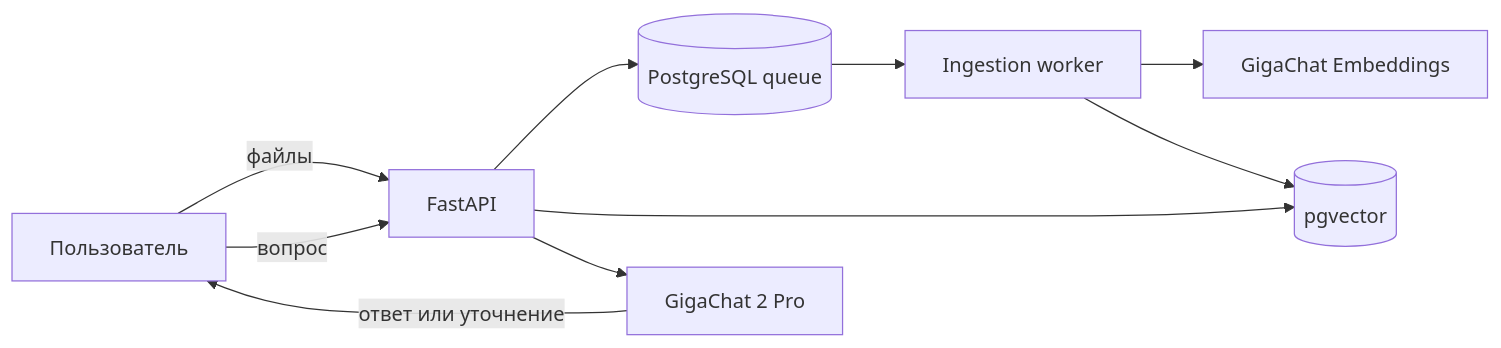
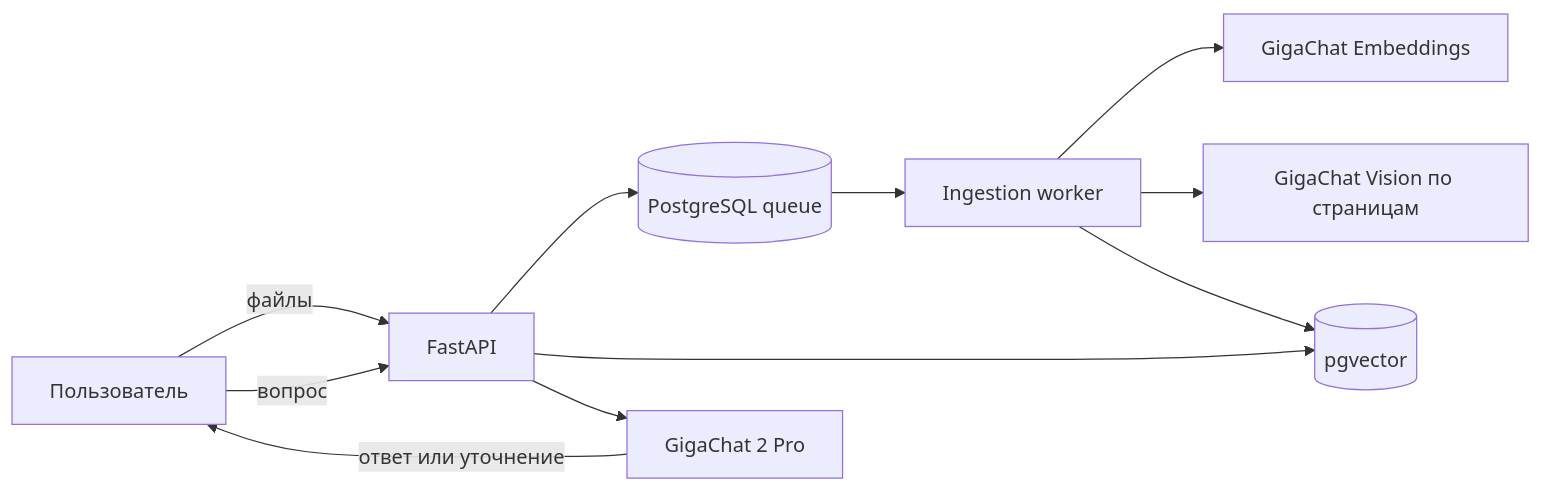
Before and after one commit to TBWTK/corporate-rag: the diagram in README.md, drawn with Mermaid. The commit also changed other lines of this file and 77 other files, not shown here.

````diff
--- a/README.md
+++ b/README.md
@@ -15,12 +17,13 @@
 ```mermaid
 flowchart LR
   U[Пользователь] -->|файлы| API[FastAPI]
   API --> Q[(PostgreSQL queue)]
   Q --> W[Ingestion worker]
   W --> E[GigaChat Embeddings]
+  W --> I[GigaChat Vision по страницам]
   W --> V[(pgvector)]
   U -->|вопрос| API
   API --> V
   API --> G[GigaChat 2 Pro]
   G -->|ответ или уточнение| U
 ```
````
